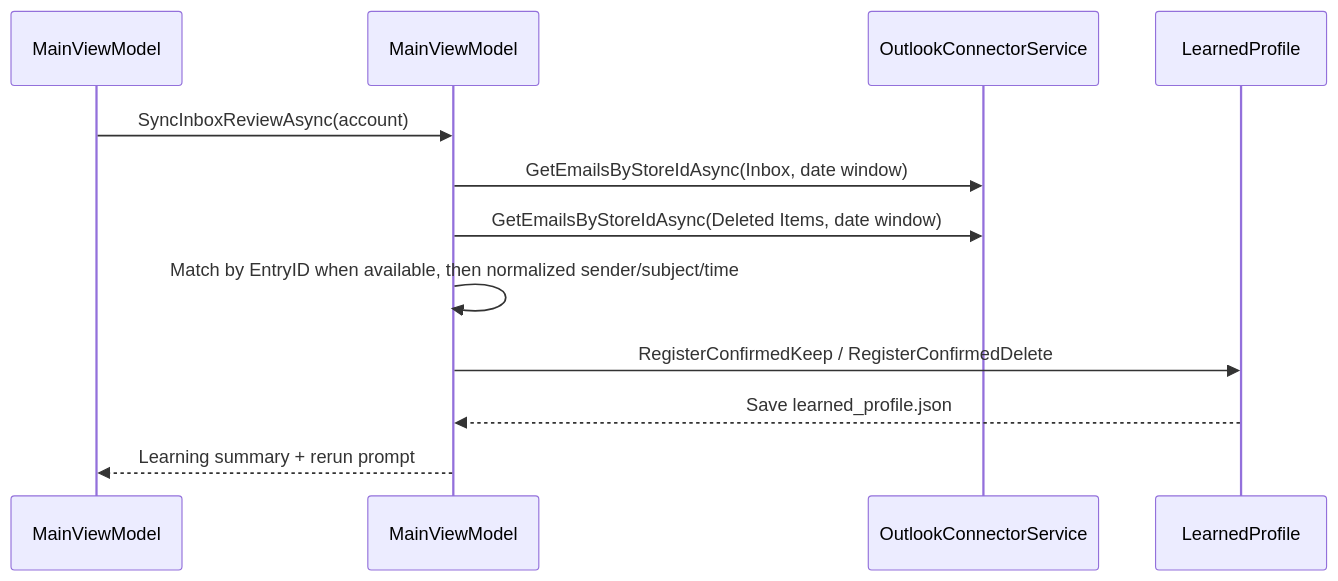
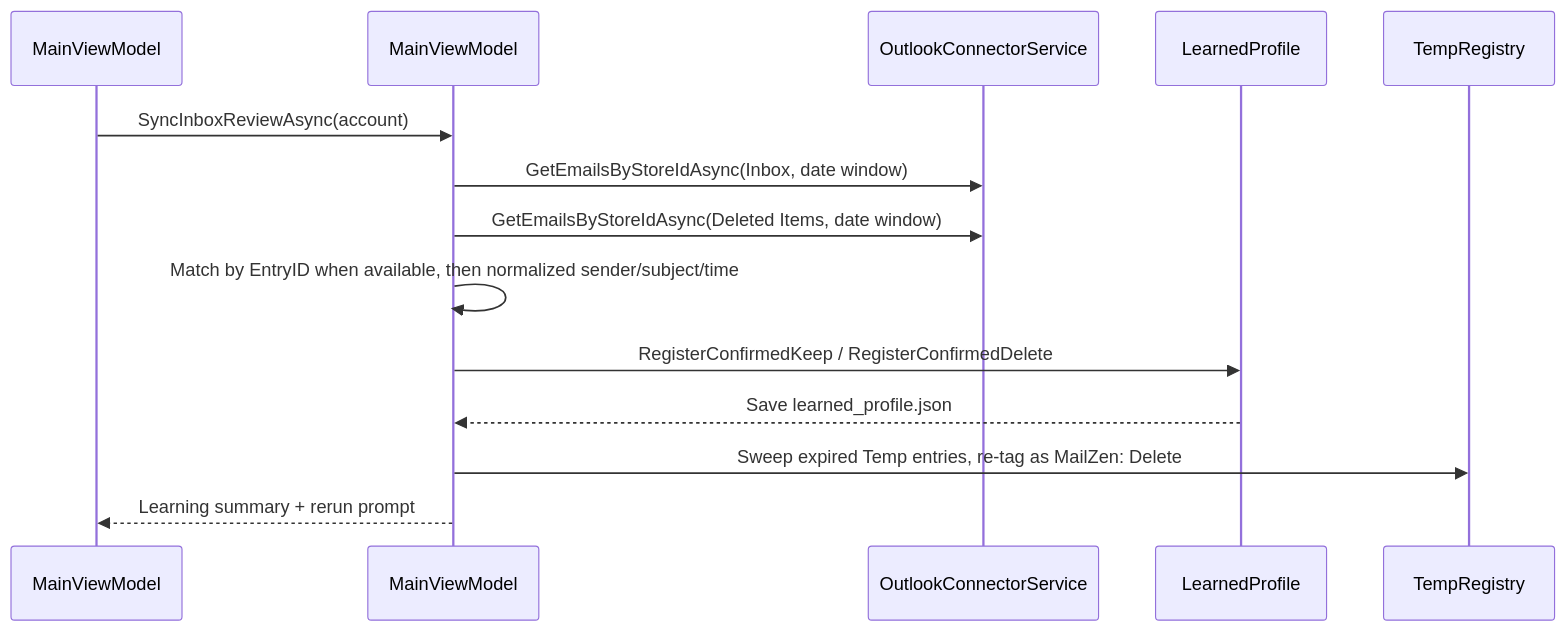
The fifth of 6 diagrams in Docs/MailZen_Architecture_and_User_Manual.md (kbdarius/MailZen), drawn with Mermaid before and after one commit. The commit also changed other lines of this file and 8 other files, not shown here.

First line of the commit message:
Add MailZen: Temp TTL category for short-lived emails (v1.4.0)

````diff
--- a/Docs/MailZen_Architecture_and_User_Manual.md
+++ b/Docs/MailZen_Architecture_and_User_Manual.md
@@ -186,15 +190,16 @@
 ```mermaid
 sequenceDiagram
     participant UI as MainViewModel
     participant VM as MainViewModel
     participant OCS as OutlookConnectorService
     participant LP as LearnedProfile
 
     UI->>VM: SyncInboxReviewAsync(account)
     VM->>OCS: GetEmailsByStoreIdAsync(Inbox, date window)
     VM->>OCS: GetEmailsByStoreIdAsync(Deleted Items, date window)
     VM->>VM: Match by EntryID when available, then normalized sender/subject/time
     VM->>LP: RegisterConfirmedKeep / RegisterConfirmedDelete
     LP-->>VM: Save learned_profile.json
+    VM->>TempRegistry: Sweep expired Temp entries, re-tag as MailZen: Delete
     VM-->>UI: Learning summary + rerun prompt
 ```
````
